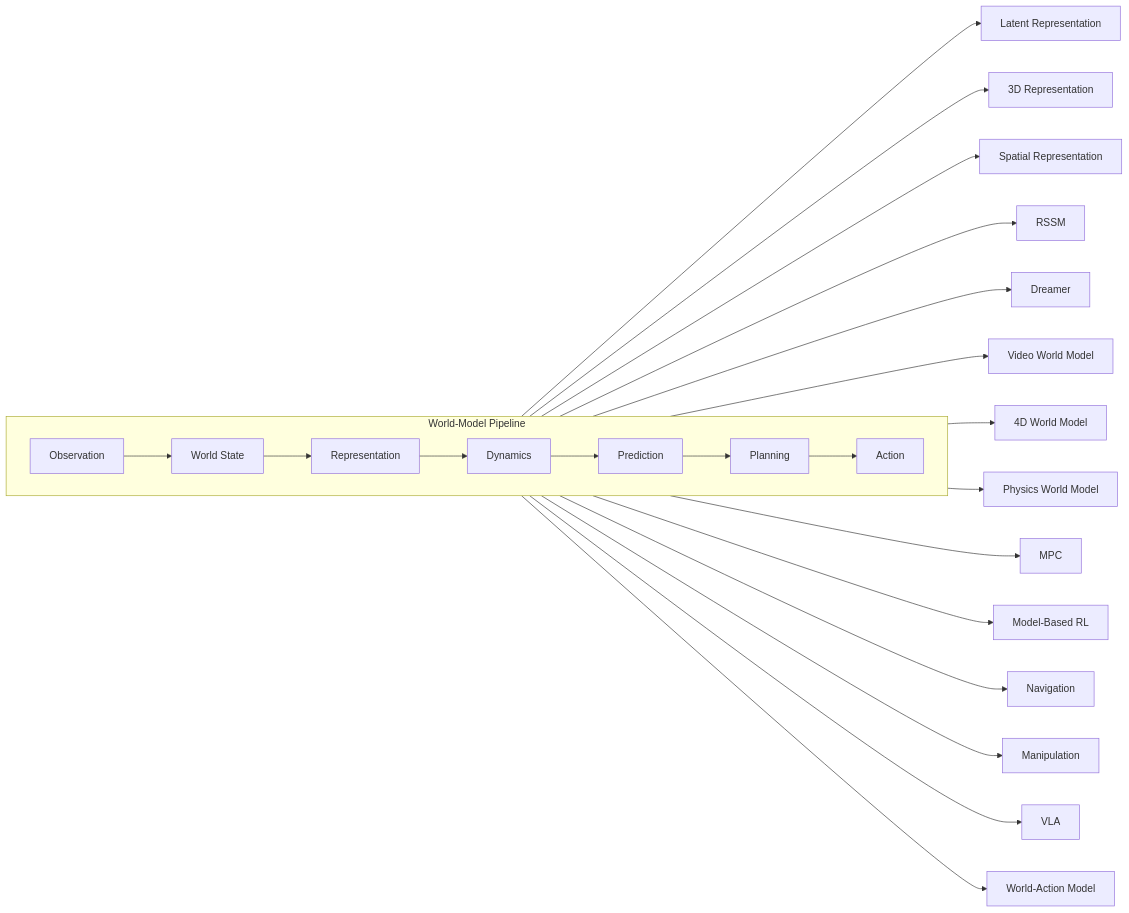
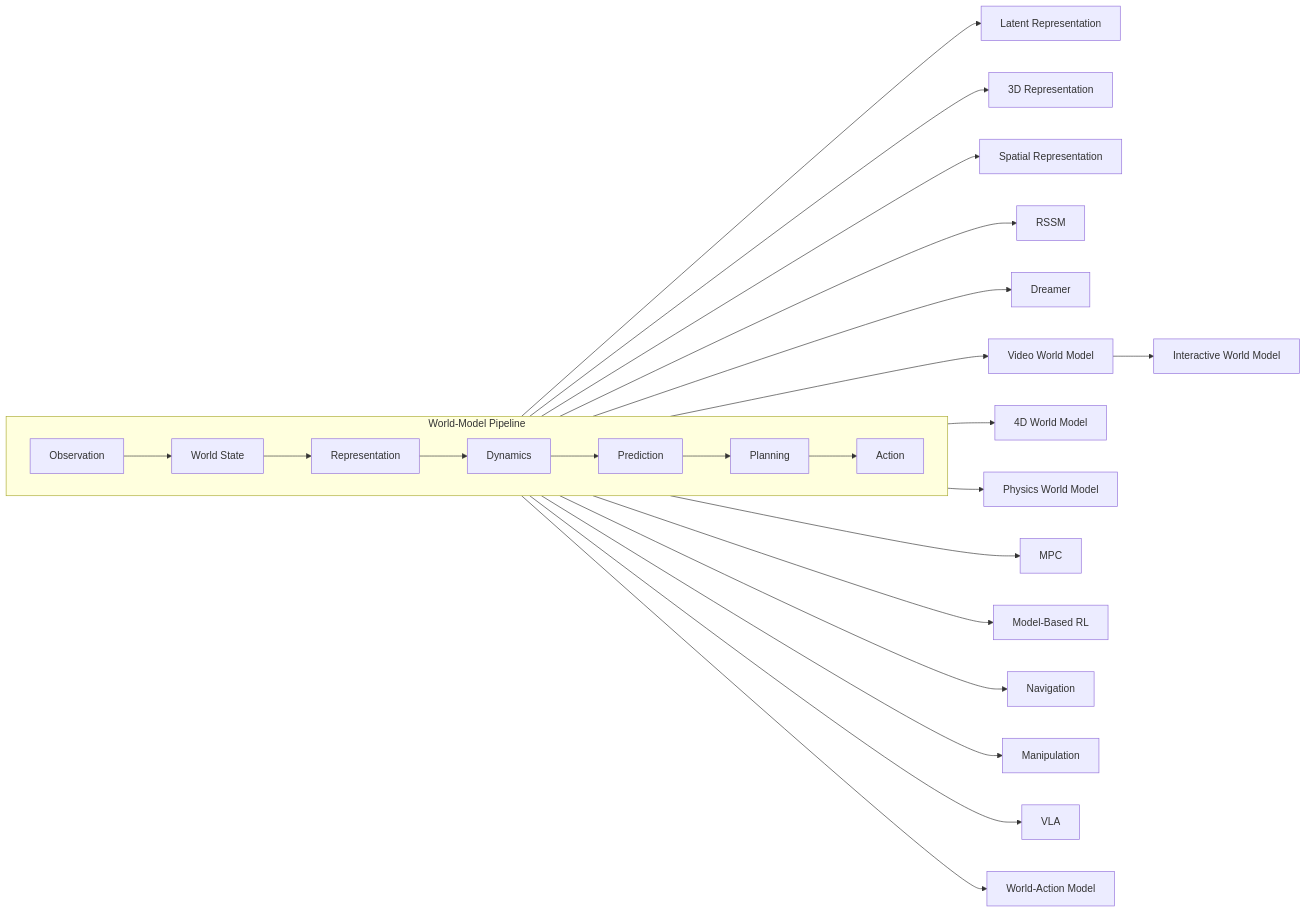
Before and after one commit to overdued/world-model-spatial-intelligence-course: the diagram in website/i18n/en/docusaurus-plugin-content-pages/roadmap.mdx, drawn with Mermaid. The commit also changed 11 other files, not shown here.

First line of the commit message:
Add Track A module 10b: Interactive World Models

````diff
--- a/website/i18n/en/docusaurus-plugin-content-pages/roadmap.mdx
+++ b/website/i18n/en/docusaurus-plugin-content-pages/roadmap.mdx
@@ -11,49 +11,51 @@
 ```mermaid
 flowchart LR
   subgraph TRUNK["World-Model Pipeline"]
     direction LR
     OBS["Observation"] --> STATE["World State"] --> REP["Representation"] --> DYN["Dynamics"] --> PRED["Prediction"] --> PLAN["Planning"] --> ACT["Action"]
   end
 
   REP --> REP_LAT["Latent Representation"]
   REP --> REP_3D["3D Representation"]
   REP --> REP_SPA["Spatial Representation"]
 
   PRED --> P_RSSM["RSSM"]
   PRED --> P_DREAM["Dreamer"]
   PRED --> P_VIDEO["Video World Model"]
+  P_VIDEO --> P_INT["Interactive World Model"]
   PRED --> P_4D["4D World Model"]
   PRED --> P_PHYS["Physics World Model"]
 
   ACT --> A_MPC["MPC"]
   ACT --> A_MBRL["Model-Based RL"]
   ACT --> A_NAV["Navigation"]
   ACT --> A_MAN["Manipulation"]
   ACT --> A_VLA["VLA"]
   ACT --> A_WAM["World-Action Model"]
 
   click OBS href "/world-model-spatial-intelligence-course/docs/scientist/02-observation-state-pomdp" "Observation, State and POMDP"
   click STATE href "/world-model-spatial-intelligence-course/docs/scientist/02-observation-state-pomdp" "Observation, State and POMDP"
   click REP href "/world-model-spatial-intelligence-course/docs/scientist/04-representation-learning" "Representation Learning"
   click DYN href "/world-model-spatial-intelligence-course/docs/scientist/05-latent-dynamics" "Latent Dynamics"
   click PRED href "/world-model-spatial-intelligence-course/docs/scientist/06-rssm" "RSSM"
   click PLAN href "/world-model-spatial-intelligence-course/docs/scientist/09-planning-with-world-models" "Planning with World Models"
   click ACT href "/world-model-spatial-intelligence-course/docs/scientist/11-world-model-policy" "World Model + Policy"
 
   click REP_LAT href "/world-model-spatial-intelligence-course/docs/scientist/04-representation-learning" "Representation Learning"
   click REP_3D href "/world-model-spatial-intelligence-course/docs/spatial/04-nerf-gaussian-splatting" "NeRF and Gaussian Splatting"
   click REP_SPA href "/world-model-spatial-intelligence-course/docs/spatial/08-spatial-memory" "Spatial Memory"
 
   click P_RSSM href "/world-model-spatial-intelligence-course/docs/scientist/06-rssm" "RSSM"
   click P_DREAM href "/world-model-spatial-intelligence-course/docs/scientist/08-dreamer" "Dreamer"
   click P_VIDEO href "/world-model-spatial-intelligence-course/docs/scientist/10-video-world-models" "Video World Models"
+  click P_INT href "/world-model-spatial-intelligence-course/docs/scientist/10b-interactive-world-models" "Interactive World Models"
   click P_4D href "/world-model-spatial-intelligence-course/docs/spatial/05-dynamic-4d-worlds" "Dynamic 3D / 4D Worlds"
   click P_PHYS href "/world-model-spatial-intelligence-course/docs/spatial/05-dynamic-4d-worlds" "Dynamic 3D / 4D Worlds"
 
   click A_MPC href "/world-model-spatial-intelligence-course/docs/scientist/09-planning-with-world-models" "Planning with World Models"
   click A_MBRL href "/world-model-spatial-intelligence-course/docs/scientist/11-world-model-policy" "World Model + Policy"
   click A_NAV href "/world-model-spatial-intelligence-course/docs/spatial/10-navigation" "Navigation"
   click A_MAN href "/world-model-spatial-intelligence-course/docs/spatial/11-robot-world-models" "Robot World Models"
   click A_VLA href "/world-model-spatial-intelligence-course/docs/spatial/12-vla-world-action-models" "VLA and World-Action Models"
   click A_WAM href "/world-model-spatial-intelligence-course/docs/spatial/12-vla-world-action-models" "VLA and World-Action Models"
 ```
````
